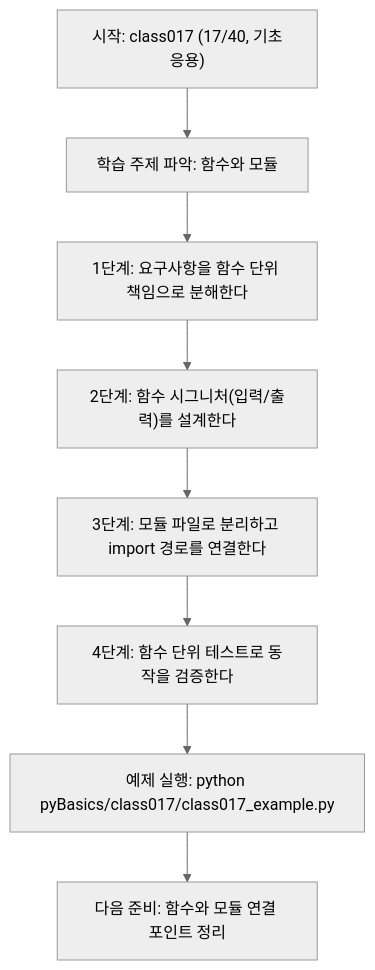
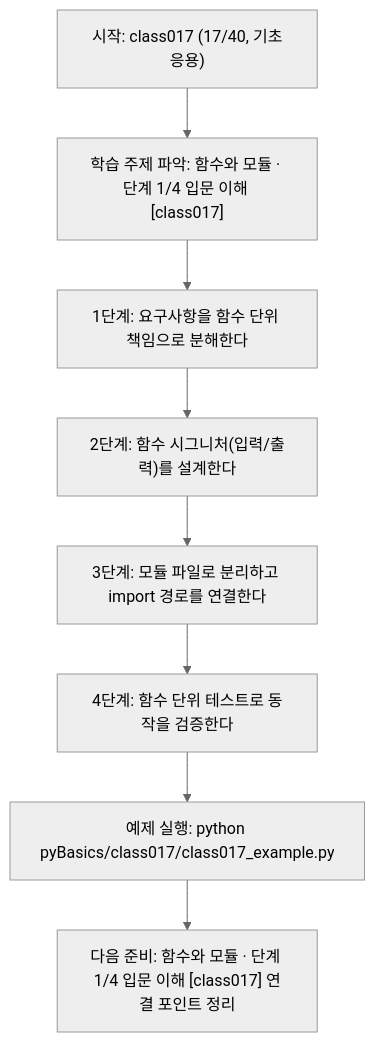
The diagram in pyBasics/class017/class017.md (edumgt/Python-AI_Agent-Class), drawn with Mermaid (neutral theme) before and after one commit. The commit also changed other lines of this file and 522 other files, not shown here.

````diff
--- a/pyBasics/class017/class017.md
+++ b/pyBasics/class017/class017.md
@@ -108,18 +109,18 @@
 ```mermaid
 flowchart TD
 N1["시작: class017 (17/40, 기초응용)"]
-N2["학습 주제 파악: 함수와 모듈"]
+N2["학습 주제 파악: 함수와 모듈 · 단계 1/4 입문 이해 [class017]"]
 N3["1단계: 요구사항을 함수 단위 책임으로 분해한다"]
 N4["2단계: 함수 시그니처(입력/출력)를 설계한다"]
 N5["3단계: 모듈 파일로 분리하고 import 경로를 연결한다"]
 N6["4단계: 함수 단위 테스트로 동작을 검증한다"]
 N7["예제 실행: python pyBasics/class017/class017_example.py"]
-N8["다음 준비: 함수와 모듈 연결 포인트 정리"]
+N8["다음 준비: 함수와 모듈 · 단계 1/4 입문 이해 [class017] 연결 포인트 정리"]
 N1 --> N2
 N2 --> N3
 N3 --> N4
 N4 --> N5
 N5 --> N6
 N6 --> N7
 N7 --> N8
 ```
````
